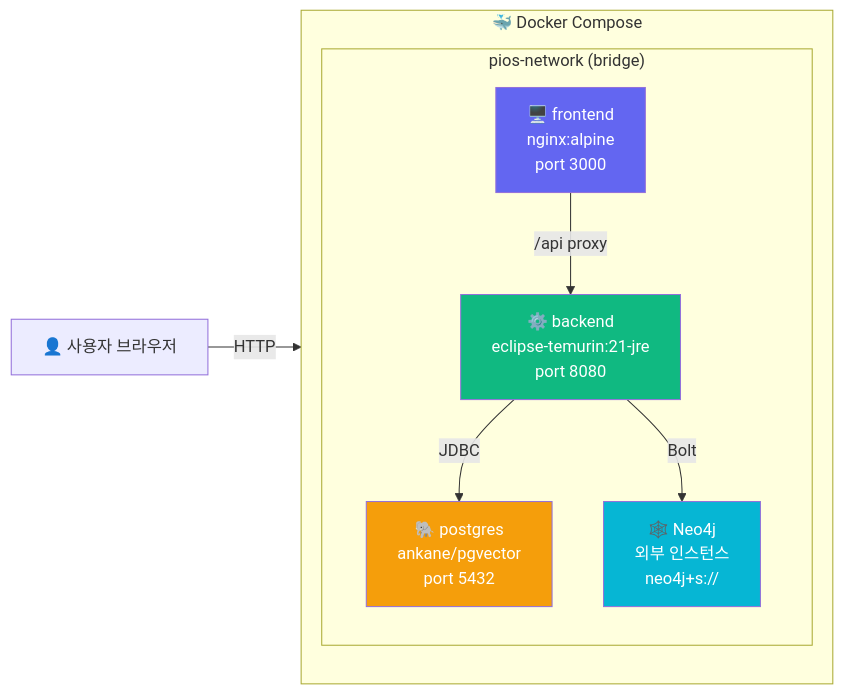
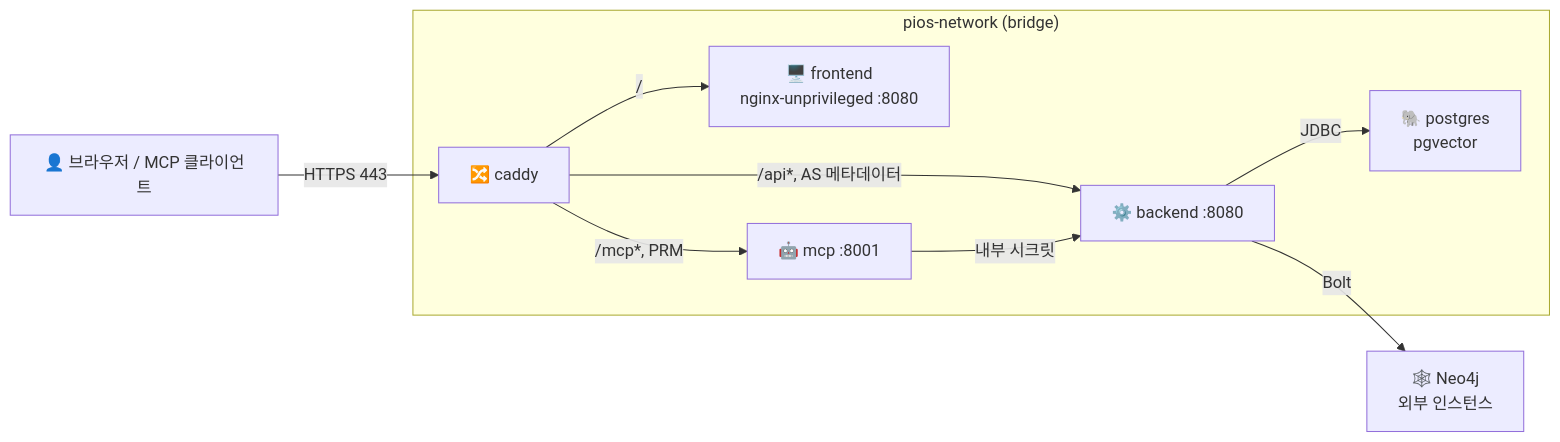
One commit to Hsooooo/personal-insight-os changed the ninth of 9 diagrams in docs/architecture.md. Above: the diagram before and after it, drawn with Mermaid. The commit also changed other lines of this file and 12 other files, not shown here.

````diff
--- a/docs/architecture.md
+++ b/docs/architecture.md
@@ -316,23 +377,12 @@
 ```mermaid
 flowchart LR
-    subgraph Docker["🐳 Docker Compose"]
-        direction TB
-
-        subgraph 네트워크["pios-network (bridge)"]
-            FE["🖥️ frontend<br/>nginx:alpine<br/>port 3000"]
-            BE["⚙️ backend<br/>eclipse-temurin:21-jre<br/>port 8080"]
-            PG["🐘 postgres<br/>ankane/pgvector<br/>port 5432"]
-            NEO["🕸️ Neo4j<br/>외부 인스턴스<br/>neo4j+s://"]
-        end
+    사용자["👤 브라우저 / MCP 클라이언트"] -->|HTTPS 443| CD["🔀 caddy"]
+    subgraph 네트워크["pios-network (bridge)"]
+        CD -->|/| FE["🖥️ frontend<br/>nginx-unprivileged :8080"]
+        CD -->|/api*, AS 메타데이터| BE["⚙️ backend :8080"]
+        CD -->|/mcp*, PRM| MCP["🤖 mcp :8001"]
+        MCP -->|내부 시크릿| BE
+        BE -->|JDBC| PG["🐘 postgres<br/>pgvector"]
     end
-
-    사용자["👤 사용자 브라우저"] -->|HTTP| FE
-    FE -->|/api proxy| BE
-    BE -->|JDBC| PG
-    BE -->|Bolt| NEO
-
-    style FE fill:#6366f1,color:#fff
-    style BE fill:#10b981,color:#fff
-    style PG fill:#f59e0b,color:#fff
-    style NEO fill:#06b6d4,color:#fff
+    BE -->|Bolt| NEO["🕸️ Neo4j<br/>외부 인스턴스"]
 ```
````
